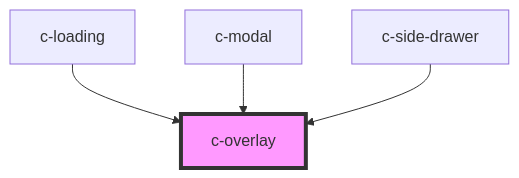
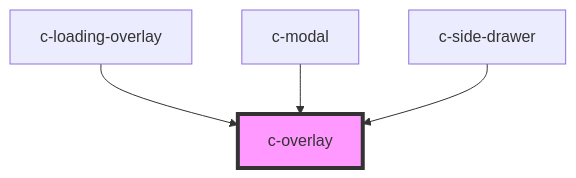
One commit to kickstand-ui/kickstand-ui changed the diagram in src/scripts/components/overlay/readme.md. Above: the diagram before and after it, drawn with Mermaid. The commit also changed other lines of this file and 7 other files, not shown here.

Commit message:
created c-loading-overlay component

````diff
--- a/src/scripts/components/overlay/readme.md
+++ b/src/scripts/components/overlay/readme.md
@@ -50,7 +50,7 @@
 ```mermaid
 graph TD;
-  c-loading --> c-overlay
+  c-loading-overlay --> c-overlay
   c-modal --> c-overlay
   c-side-drawer --> c-overlay
   style c-overlay fill:#f9f,stroke:#333,stroke-width:4px
 ```
````
